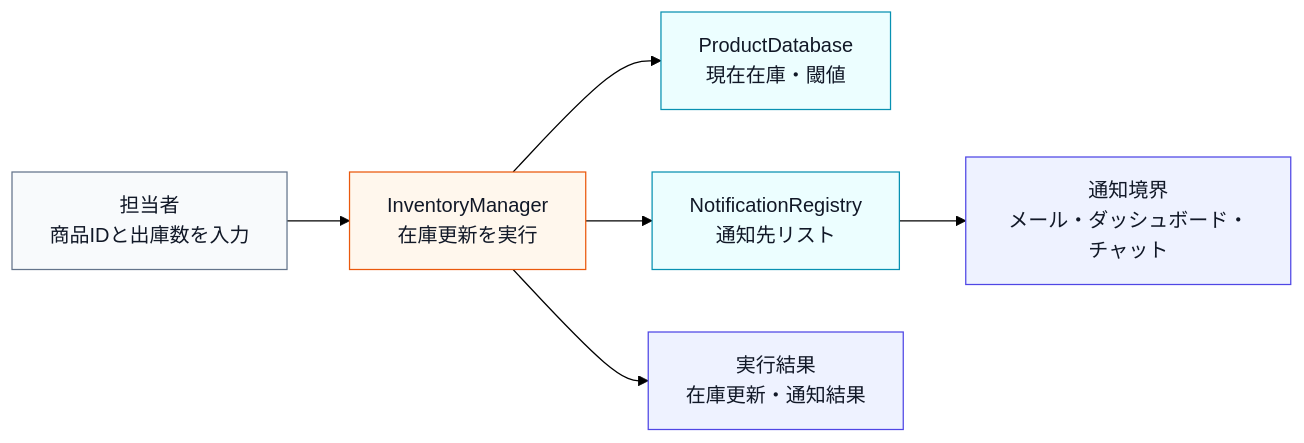
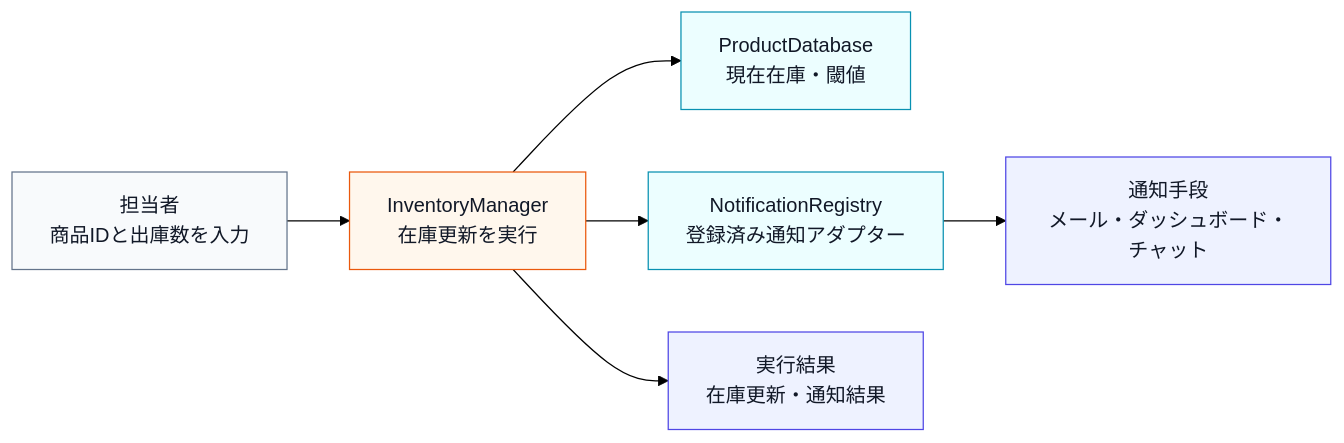
Before and after one commit to kumachan1101-pixel/DesignPattern: the first of 12 diagrams in kindle/design-patterns/output/chapter07.md, drawn with Mermaid (forest theme). The commit also changed other lines of this file and 21 other files, not shown here.

````diff
--- a/kindle/design-patterns/output/chapter07.md
+++ b/kindle/design-patterns/output/chapter07.md
@@ -45,17 +45,17 @@
 ```mermaid
 flowchart LR
     U["担当者<br>商品IDと出庫数を入力"] --> M["InventoryManager<br>在庫更新を実行"]
     M --> P["ProductDatabase<br>現在在庫・閾値"]
-    M --> N["NotificationRegistry<br>通知先リスト"]
-    N --> G["通知境界<br>メール・ダッシュボード・チャット"]
+    M --> N["NotificationRegistry<br>登録済み通知アダプター"]
+    N --> G["通知手段<br>メール・ダッシュボード・チャット"]
     M --> R["実行結果<br>在庫更新・通知結果"]
 
     classDef actor fill:#f8fafc,stroke:#64748b,color:#111827;
     classDef data fill:#ecfeff,stroke:#0891b2,color:#111827;
     classDef process fill:#fff7ed,stroke:#ea580c,color:#111827;
     classDef boundary fill:#eef2ff,stroke:#4f46e5,color:#111827;
     class U actor;
     class P,N data;
     class M process;
     class G,R boundary;
 ```
````
